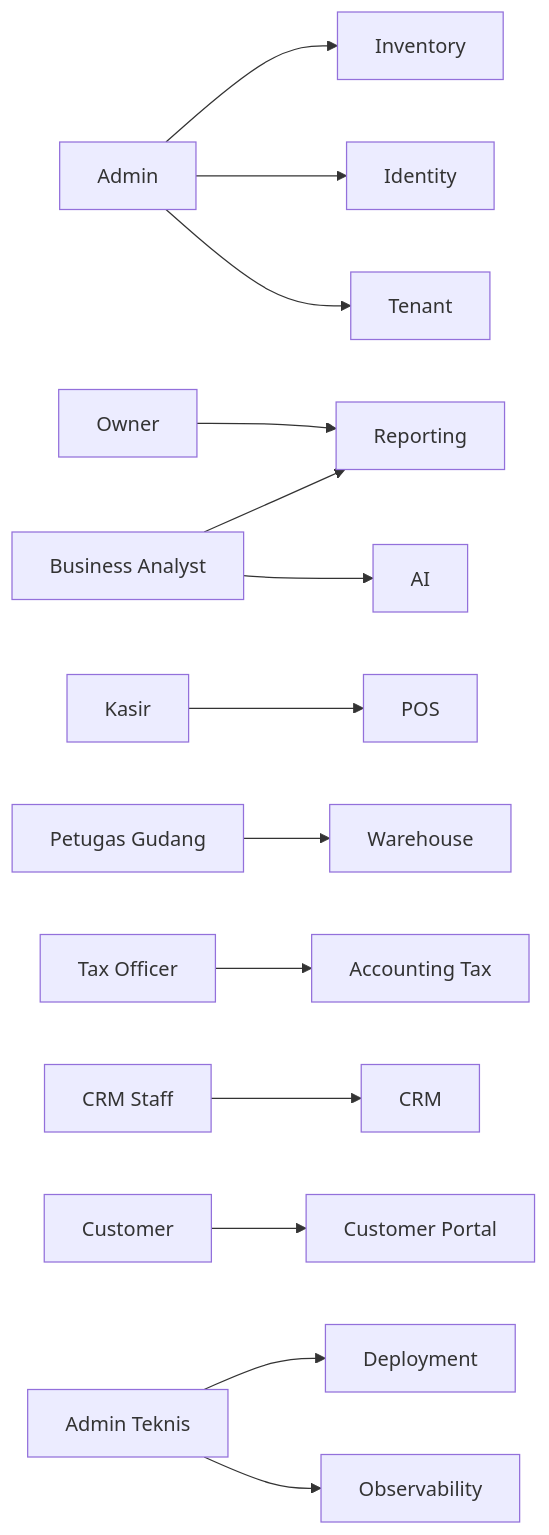
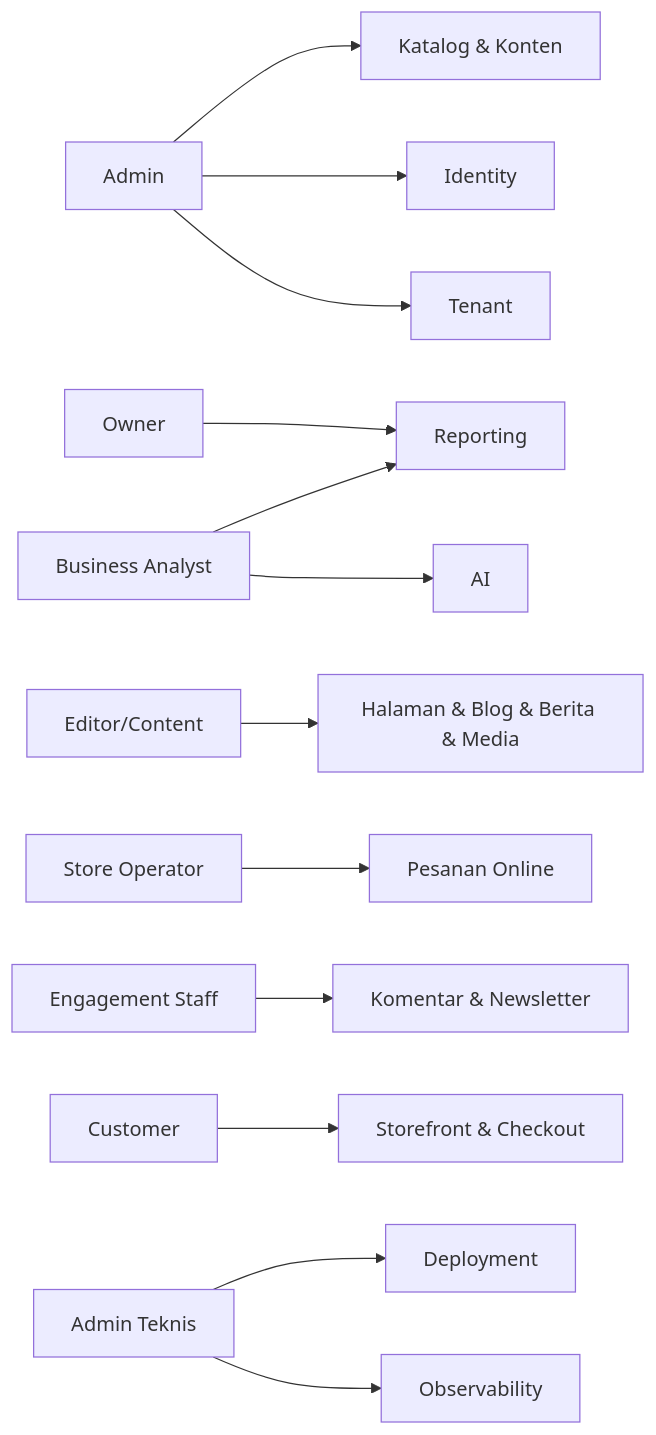
One commit to ahliweb/awcms-micro changed the first of 2 diagrams in docs/awcms-micro/02_prd_detail_per_modul.md. Above: the diagram before and after it, drawn with Mermaid. The commit also changed other lines of this file and 24 other files, not shown here.

First line of the commit message:
docs(adr-0034): Round 2 — reframe docs 02–19 running examples from retail/POS to website/online-store (#301)

````diff
--- a/docs/awcms-micro/02_prd_detail_per_modul.md
+++ b/docs/awcms-micro/02_prd_detail_per_modul.md
@@ -11,12 +11,11 @@
 ```mermaid
 flowchart LR
   Owner --> Reporting
-  Admin --> Tenant & Identity & Inventory
-  Kasir --> POS
-  Gudang[Petugas Gudang] --> Warehouse
-  Tax[Tax Officer] --> AccountingTax[Accounting Tax]
-  CRMs[CRM Staff] --> CRM
+  Admin --> Tenant & Identity & Katalog[Katalog & Konten]
+  Editor[Editor/Content] --> Konten[Halaman & Blog & Berita & Media]
+  Operator[Store Operator] --> Pesanan[Pesanan Online]
+  Engagement[Engagement Staff] --> Interaksi[Komentar & Newsletter]
   Analyst[Business Analyst] --> AI & Reporting
-  Customer --> Portal[Customer Portal]
+  Customer --> Storefront[Storefront & Checkout]
   Teknis[Admin Teknis] --> Observability & Deployment
 ```
````
